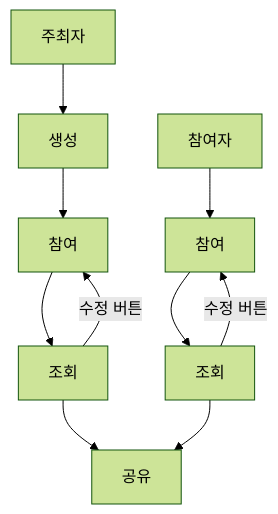
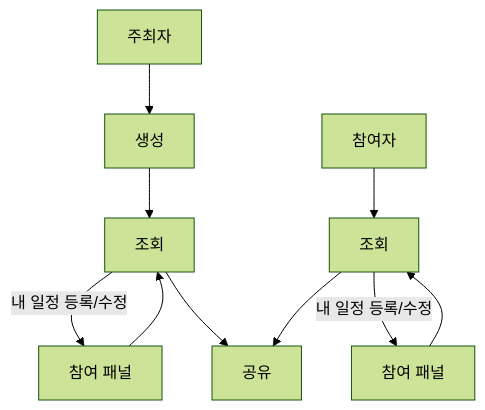
Before and after one commit to pjw7264/ejmn: the second of 2 diagrams in docs/페이지-시나리오.md, drawn with Mermaid (forest theme). The commit also changed other lines of this file and 21 other files, not shown here.

````diff
--- a/docs/페이지-시나리오.md
+++ b/docs/페이지-시나리오.md
@@ -69,13 +64,13 @@
 ```mermaid
 flowchart TD
     host["주최자"] --> create["생성"]
-    create --> joinFromHost["참여"]
-    joinFromHost --> viewFromHost["조회"]
-    viewFromHost -- "수정 버튼" --> joinFromHost
+    create --> viewFromHost["조회"]
+    viewFromHost -- "내 일정 등록/수정" --> joinFromHost["참여 패널"]
+    joinFromHost --> viewFromHost
     viewFromHost --> share["공유"]
 
-    guest["참여자"] --> joinFromGuest["참여"]
-    joinFromGuest --> viewFromGuest["조회"]
-    viewFromGuest -- "수정 버튼" --> joinFromGuest
+    guest["참여자"] --> viewFromGuest["조회"]
+    viewFromGuest -- "내 일정 등록/수정" --> joinFromGuest["참여 패널"]
+    joinFromGuest --> viewFromGuest
     viewFromGuest --> share["공유"]
 ```
````
